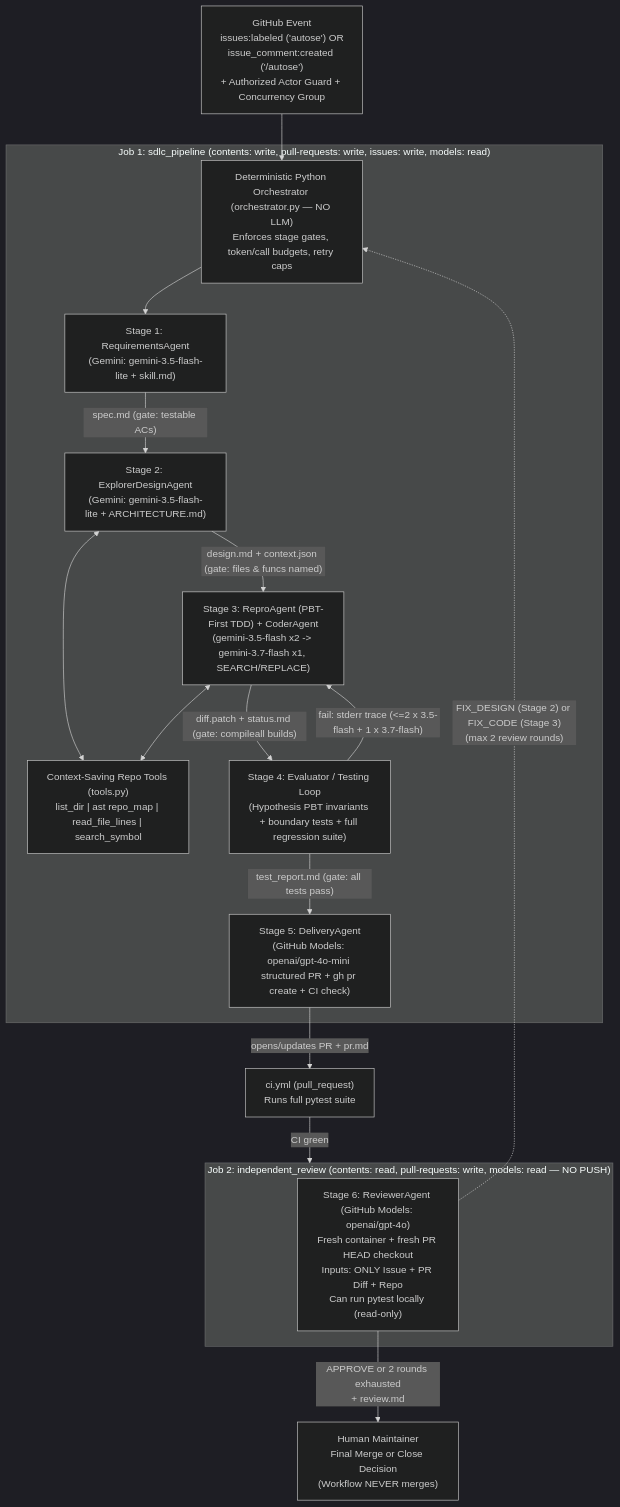
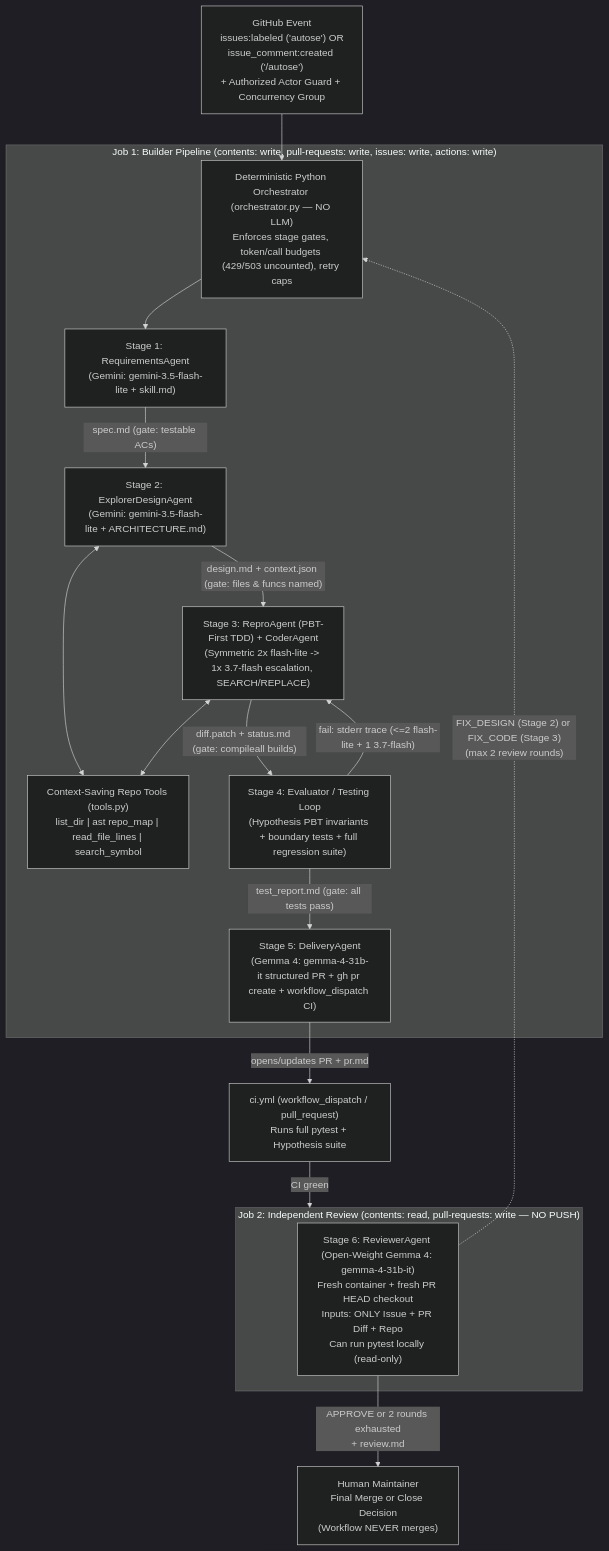
One commit to agrawal-anshul2005/tinydb changed the diagram in architecture/views/component-view.md. Above: the diagram before and after it, drawn with Mermaid (dark theme). The commit also changed other lines of this file and 9 other files, not shown here.

Commit message:
fix(models): migrate Stages 5-6 from retired GitHub Models to open-weight Gemma 4 31B (ADR-006 v5, ADR-008 v3)

````diff
--- a/architecture/views/component-view.md
+++ b/architecture/views/component-view.md
@@ -10,37 +10,37 @@
 ```mermaid
 flowchart TB
     Trigger["GitHub Event<br/>issues:labeled ('autose') OR<br/>issue_comment:created ('/autose')<br/>+ Authorized Actor Guard + Concurrency Group"]
 
-    subgraph Job1["Job 1: sdlc_pipeline (contents: write, pull-requests: write, issues: write, models: read)"]
-        Orch["Deterministic Python Orchestrator (orchestrator.py — NO LLM)<br/>Enforces stage gates, token/call budgets, retry caps"]
+    subgraph Job1["Job 1: Builder Pipeline (contents: write, pull-requests: write, issues: write, actions: write)"]
+        Orch["Deterministic Python Orchestrator (orchestrator.py — NO LLM)<br/>Enforces stage gates, token/call budgets (429/503 uncounted), retry caps"]
         S1["Stage 1: RequirementsAgent<br/>(Gemini: gemini-3.5-flash-lite + skill.md)"]
         S2["Stage 2: ExplorerDesignAgent<br/>(Gemini: gemini-3.5-flash-lite + ARCHITECTURE.md)"]
         Tools["Context-Saving Repo Tools (tools.py)<br/>list_dir | ast repo_map | read_file_lines | search_symbol"]
-        S3["Stage 3: ReproAgent (PBT-First TDD) + CoderAgent<br/>(gemini-3.5-flash x2 -> gemini-3.7-flash x1, SEARCH/REPLACE)"]
+        S3["Stage 3: ReproAgent (PBT-First TDD) + CoderAgent<br/>(Symmetric 2x flash-lite -> 1x 3.7-flash escalation, SEARCH/REPLACE)"]
         S4["Stage 4: Evaluator / Testing Loop<br/>(Hypothesis PBT invariants + boundary tests + full regression suite)"]
-        S5["Stage 5: DeliveryAgent<br/>(GitHub Models: openai/gpt-4o-mini structured PR + gh pr create + CI check)"]
+        S5["Stage 5: DeliveryAgent<br/>(Gemma 4: gemma-4-31b-it structured PR + gh pr create + workflow_dispatch CI)"]
 
         Orch --> S1
         S1 -->|"spec.md (gate: testable ACs)"| S2
         S2 <--> Tools
         S2 -->|"design.md + context.json (gate: files & funcs named)"| S3
         S3 <--> Tools
         S3 -->|"diff.patch + status.md (gate: compileall builds)"| S4
-        S4 -->|"fail: stderr trace (<=2 x 3.5-flash + 1 x 3.7-flash)"| S3
+        S4 -->|"fail: stderr trace (<=2 flash-lite + 1 3.7-flash)"| S3
         S4 -->|"test_report.md (gate: all tests pass)"| S5
     end
 
-    CI["ci.yml (pull_request)<br/>Runs full pytest suite"]
+    CI["ci.yml (workflow_dispatch / pull_request)<br/>Runs full pytest + Hypothesis suite"]
 
-    subgraph Job2["Job 2: independent_review (contents: read, pull-requests: write, models: read — NO PUSH)"]
-        S6["Stage 6: ReviewerAgent (GitHub Models: openai/gpt-4o)<br/>Fresh container + fresh PR HEAD checkout<br/>Inputs: ONLY Issue + PR Diff + Repo<br/>Can run pytest locally (read-only)"]
+    subgraph Job2["Job 2: Independent Review (contents: read, pull-requests: write — NO PUSH)"]
+        S6["Stage 6: ReviewerAgent (Open-Weight Gemma 4: gemma-4-31b-it)<br/>Fresh container + fresh PR HEAD checkout<br/>Inputs: ONLY Issue + PR Diff + Repo<br/>Can run pytest locally (read-only)"]
     end
 
     Human["Human Maintainer<br/>Final Merge or Close Decision<br/>(Workflow NEVER merges)"]
 
     Trigger --> Orch
     S5 -->|"opens/updates PR + pr.md"| CI
     CI -->|"CI green"| Job2
     S6 -->|"APPROVE or 2 rounds exhausted<br/>+ review.md"| Human
     S6 -.->|"FIX_DESIGN (Stage 2) or FIX_CODE (Stage 3)<br/>(max 2 review rounds)"| Orch
 ```
````
